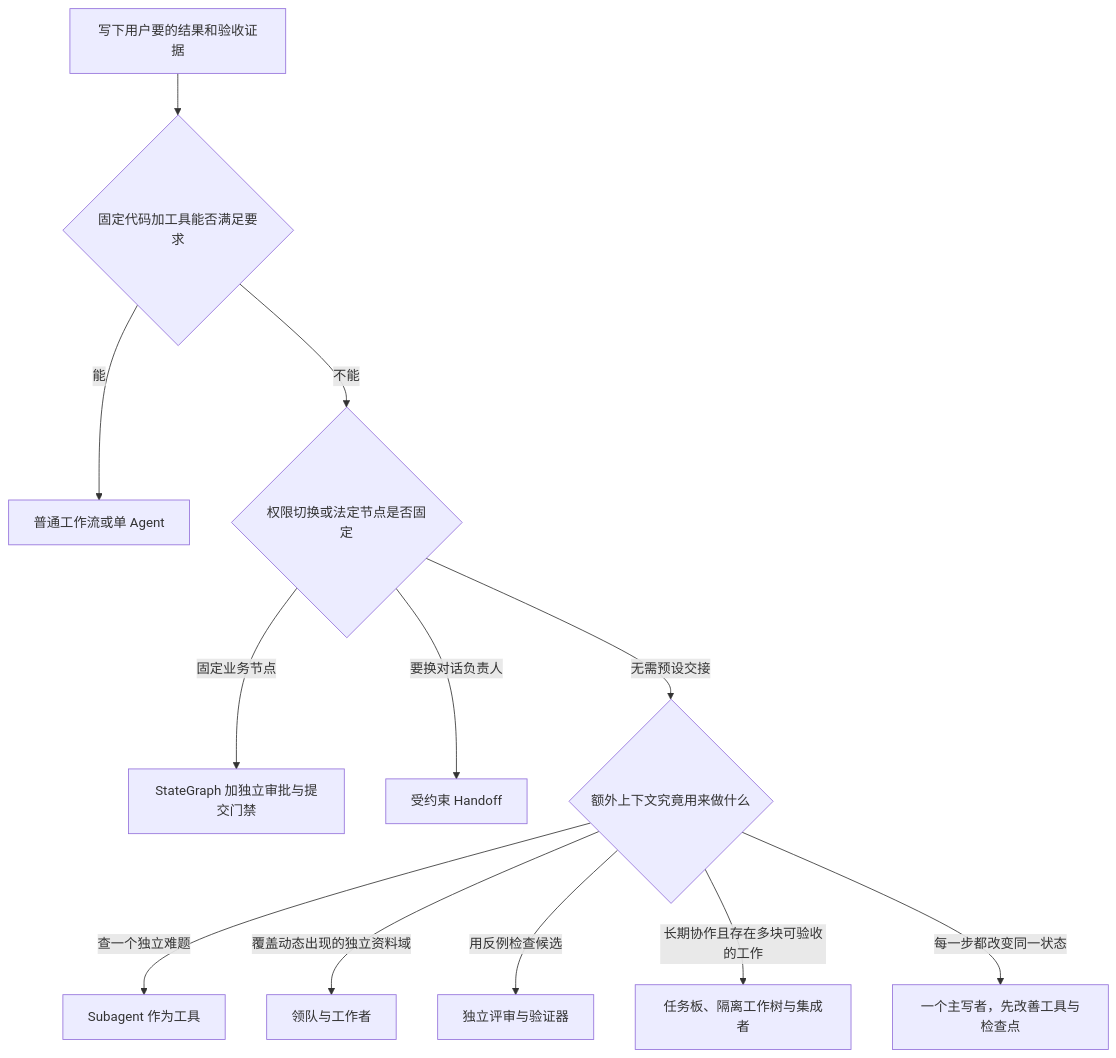
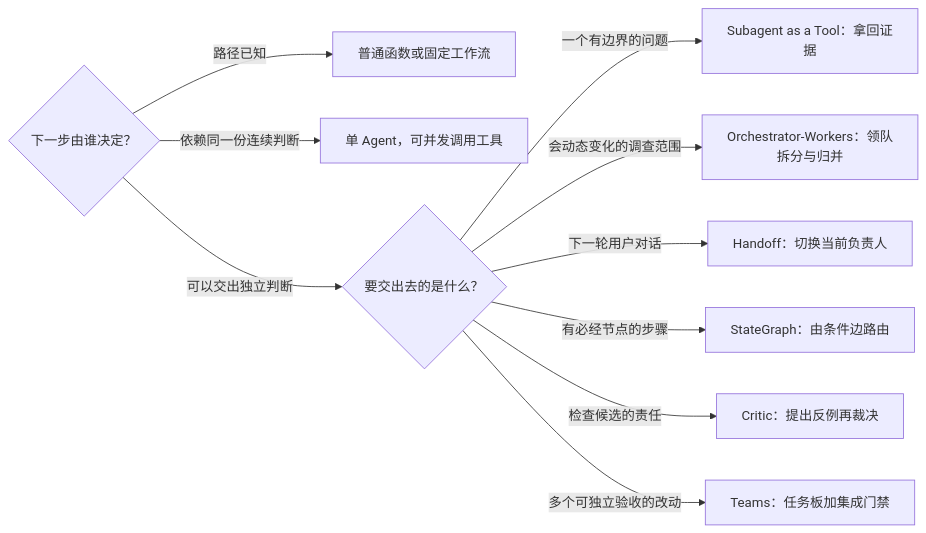
One commit to echonoshy/agent-engineering-handbook changed the diagram in 03-agent-loop-and-orchestration/02-multi-agent-orchestration.md. Above: the diagram before and after it, drawn with Mermaid. The commit also changed other lines of this file and 21 other files, not shown here.

````diff
--- a/03-agent-loop-and-orchestration/02-multi-agent-orchestration.md
+++ b/03-agent-loop-and-orchestration/02-multi-agent-orchestration.md
@@ -508,14 +7,12 @@
 ```mermaid
-flowchart TD
-    A["写下用户要的结果和验收证据"] --> B{"固定代码加工具能否满足要求"}
-    B -->|能| Z["普通工作流或单 Agent"]
-    B -->|不能| C{"权限切换或法定节点是否固定"}
-    C -->|固定业务节点| D["StateGraph 加独立审批与提交门禁"]
-    C -->|要换对话负责人| H["受约束 Handoff"]
-    C -->|无需预设交接| E{"额外上下文究竟用来做什么"}
-    E -->|查一个独立难题| S["Subagent 作为工具"]
-    E -->|覆盖动态出现的独立资料域| W["领队与工作者"]
-    E -->|用反例检查候选| V["独立评审与验证器"]
-    E -->|长期协作且存在多块可验收的工作| T["任务板、隔离工作树与集成者"]
-    E -->|每一步都改变同一状态| M["一个主写者，先改善工具与检查点"]
+flowchart LR
+    Q{"下一步由谁决定？"} -->|路径已知| F["普通函数或固定工作流"]
+    Q -->|依赖同一份连续判断| S["单 Agent，可并发调用工具"]
+    Q -->|可以交出独立判断| K{"要交出去的是什么？"}
+    K -->|一个有边界的问题| A["Subagent as a Tool：拿回证据"]
+    K -->|会动态变化的调查范围| B["Orchestrator-Workers：领队拆分与归并"]
+    K -->|下一轮用户对话| C["Handoff：切换当前负责人"]
+    K -->|有必经节点的步骤| D["StateGraph：由条件边路由"]
+    K -->|检查候选的责任| E["Critic：提出反例再裁决"]
+    K -->|多个可独立验收的改动| T["Teams：任务板加集成门禁"]
 ```
````
